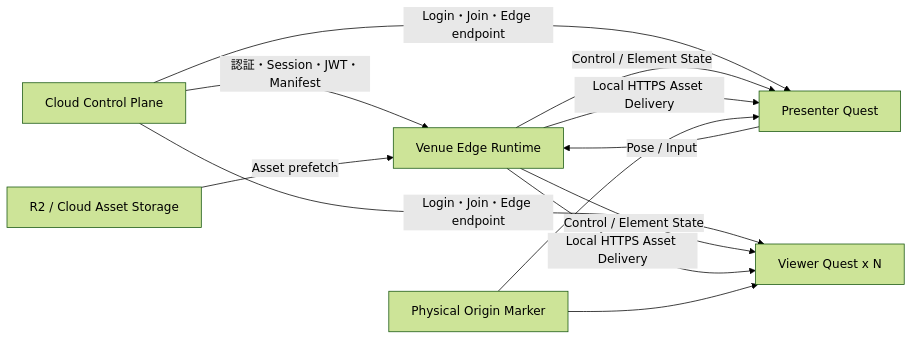
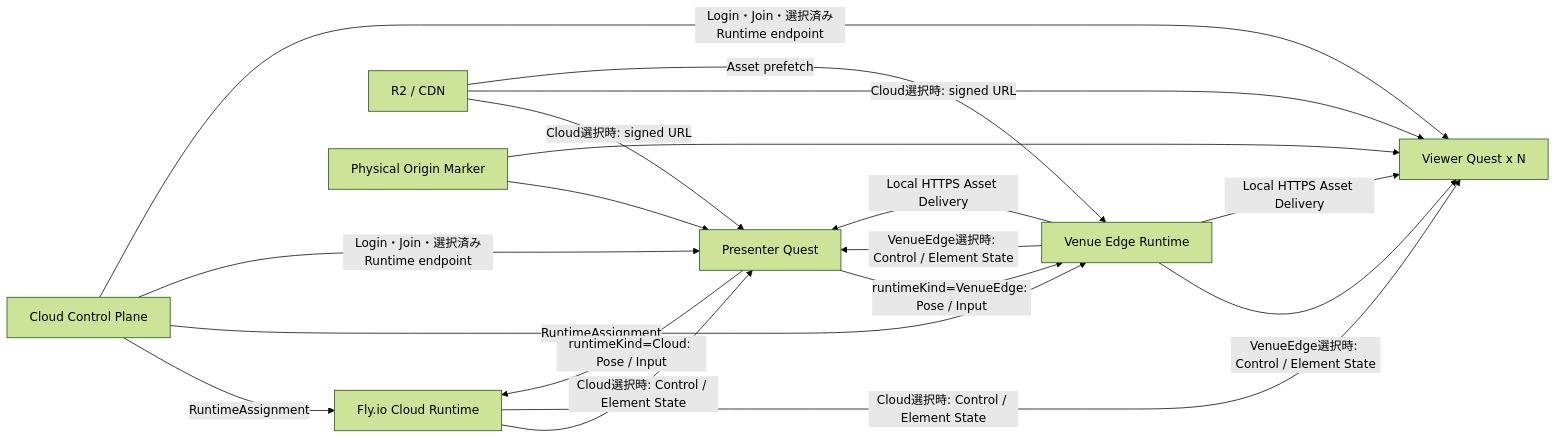
One commit to unframe-dev/unframe changed the first of 2 diagrams in app/server/realtime/ARCHITECTURE.md. Above: the diagram before and after it, drawn with Mermaid (forest theme). The commit also changed other lines of this file, not shown here.

````diff
--- a/app/server/realtime/ARCHITECTURE.md
+++ b/app/server/realtime/ARCHITECTURE.md
@@ -63,17 +99,24 @@
 ```mermaid
 flowchart LR
-    CP["Cloud Control Plane"] -->|"認証・Session・JWT・Manifest"| E["Venue Edge Runtime"]
-    R2["R2 / Cloud Asset Storage"] -->|"Asset prefetch"| E
+    CP["Cloud Control Plane"] -->|"RuntimeAssignment"| F["Fly.io Cloud Runtime"]
+    CP -->|"RuntimeAssignment"| E["Venue Edge Runtime"]
 
-    CP -->|"Login・Join・Edge endpoint"| P["Presenter Quest"]
-    CP -->|"Login・Join・Edge endpoint"| V["Viewer Quest x N"]
+    CP -->|"Login・Join・選択済みRuntime endpoint"| P["Presenter Quest"]
+    CP -->|"Login・Join・選択済みRuntime endpoint"| V["Viewer Quest x N"]
 
-    P -->|"Pose / Input"| E
-    E -->|"Control / Element State"| P
-    E -->|"Control / Element State"| V
+    P -->|"runtimeKind=Cloud: Pose / Input"| F
+    P -->|"runtimeKind=VenueEdge: Pose / Input"| E
+    F -->|"Cloud選択時: Control / Element State"| P
+    F -->|"Cloud選択時: Control / Element State"| V
+    E -->|"VenueEdge選択時: Control / Element State"| P
+    E -->|"VenueEdge選択時: Control / Element State"| V
+
+    R2["R2 / CDN"] -->|"Cloud選択時: signed URL"| P
+    R2 -->|"Cloud選択時: signed URL"| V
+    R2 -->|"Asset prefetch"| E
     E -->|"Local HTTPS Asset Delivery"| P
     E -->|"Local HTTPS Asset Delivery"| V
 
     M["Physical Origin Marker"] --> P
     M --> V
 ```
````
